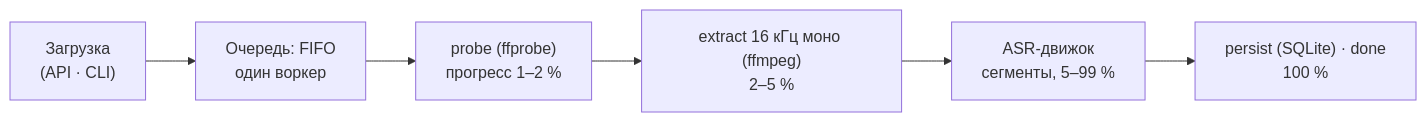
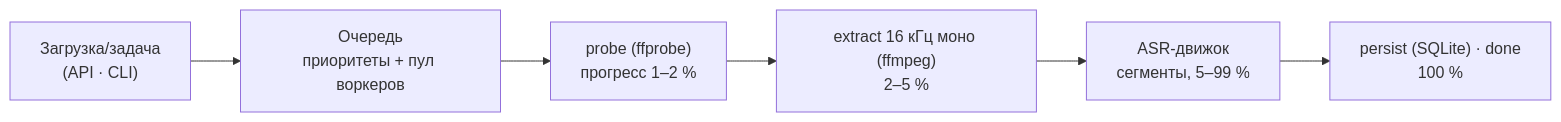
The second of 2 diagrams in docs/ARCHITECTURE.md (mbiuib/Stenograph), drawn with Mermaid before and after one commit. The commit also changed other lines of this file and 5 other files, not shown here.

````diff
--- a/docs/ARCHITECTURE.md
+++ b/docs/ARCHITECTURE.md
@@ -30,8 +57,8 @@
 ```mermaid
 flowchart LR
-    U["Загрузка<br/>(API · CLI)"] --> Q["Очередь: FIFO<br/>один воркер"]
+    U["Загрузка/задача<br/>(API · CLI)"] --> Q["Очередь<br/>приоритеты + пул воркеров"]
     Q --> V["probe (ffprobe)<br/>прогресс 1–2 %"]
     V --> E["extract 16 кГц моно (ffmpeg)<br/>2–5 %"]
     E --> R["ASR-движок<br/>сегменты, 5–99 %"]
     R --> S["persist (SQLite) · done<br/>100 %"]
 ```
````
